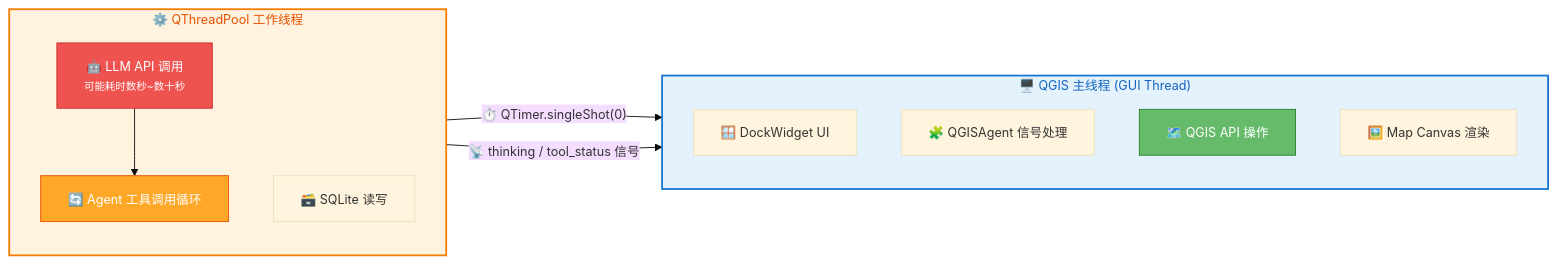
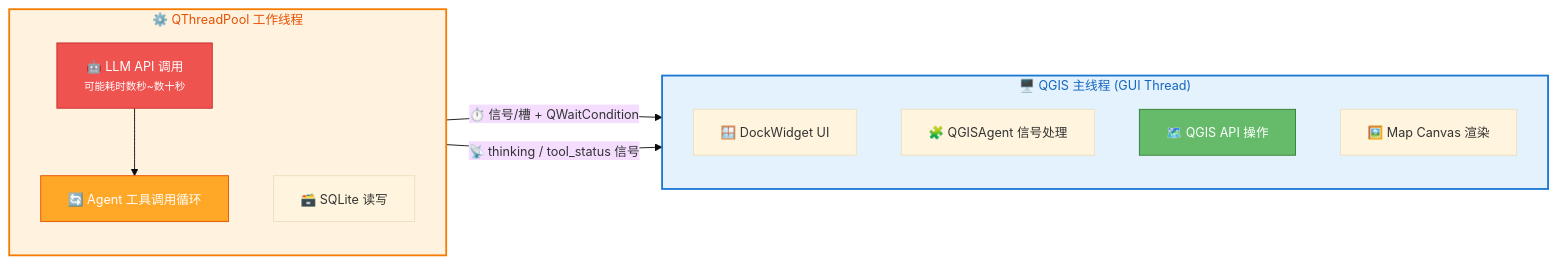
The third of 8 diagrams in CLAUDE.md (bunkmr/qgis-agent), drawn with Mermaid before and after one commit. The commit also changed other lines of this file and 22 other files, not shown here.

````diff
--- a/CLAUDE.md
+++ b/CLAUDE.md
@@ -125,28 +125,28 @@
 ```mermaid
 %%{init: {'theme': 'base', 'themeVariables': { 'fontSize': '14px'}}}%%
 flowchart LR
     subgraph MT["🖥️ QGIS 主线程 (GUI Thread)"]
         direction TB
         MT_UI["🪟 DockWidget UI"]
         MT_AGENT["🧩 QGISAgent 信号处理"]
         MT_TOOLS["🗺️ QGIS API 操作"]
         MT_CANVAS["🖼️ Map Canvas 渲染"]
     end
 
     subgraph WT["⚙️ QThreadPool 工作线程"]
         direction TB
         WT_LLM["🤖 LLM API 调用<br/><small>可能耗时数秒~数十秒</small>"]
         WT_HISTORY["🗃️ SQLite 读写"]
         WT_LOOP["🔄 Agent 工具调用循环"]
     end
 
-    WT_LOOP -->|"⏱️ QTimer.singleShot(0)"| MT_TOOLS
+    WT_LOOP -->|"⏱️ 信号/槽 + QWaitCondition"| MT_TOOLS
     WT_LOOP -->|"📡 thinking / tool_status 信号"| MT_UI
     WT_LLM --> WT_LOOP
 
     style MT fill:#e3f2fd,stroke:#1976d2,stroke-width:2px,color:#1565c0
     style WT fill:#fff3e0,stroke:#f57c00,stroke-width:2px,color:#e65100
     style MT_TOOLS fill:#66bb6a,stroke:#2e7d32,color:#fff
     style WT_LOOP fill:#ffa726,stroke:#e65100,color:#fff
     style WT_LLM fill:#ef5350,stroke:#c62828,color:#fff
 ```
````
